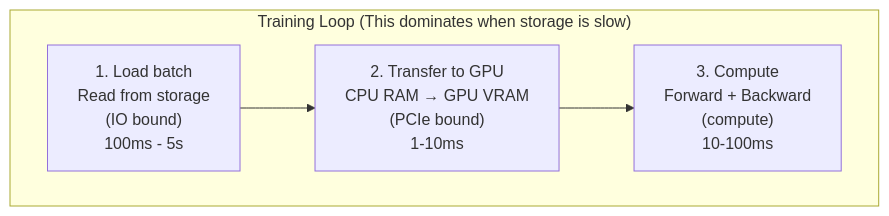
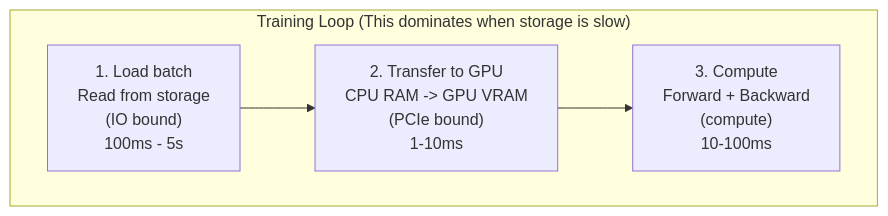
Before and after one commit to krisztiankoos/kubedojo: the first of 3 diagrams in src/content/docs/platform/disciplines/data-ai/ai-infrastructure/module-1.4-ai-storage.md, drawn with Mermaid. The commit also changed other lines of this file, not shown here.

First line of the commit message:
feat(388): rewrite module-1.4-ai-storage (#388 pilot) (#1072)

````diff
--- a/src/content/docs/platform/disciplines/data-ai/ai-infrastructure/module-1.4-ai-storage.md
+++ b/src/content/docs/platform/disciplines/data-ai/ai-infrastructure/module-1.4-ai-storage.md
@@ -56,8 +52,8 @@
 ```mermaid
 flowchart LR
     subgraph Training_Loop ["Training Loop (This dominates when storage is slow)"]
         direction LR
-        A["1. Load batch\nRead from storage\n(IO bound)\n100ms - 5s"] --> B["2. Transfer to GPU\nCPU RAM → GPU VRAM\n(PCIe bound)\n1-10ms"]
+        A["1. Load batch\nRead from storage\n(IO bound)\n100ms - 5s"] --> B["2. Transfer to GPU\nCPU RAM -> GPU VRAM\n(PCIe bound)\n1-10ms"]
         B --> C["3. Compute\nForward + Backward\n(compute)\n10-100ms"]
     end
 ```
````
